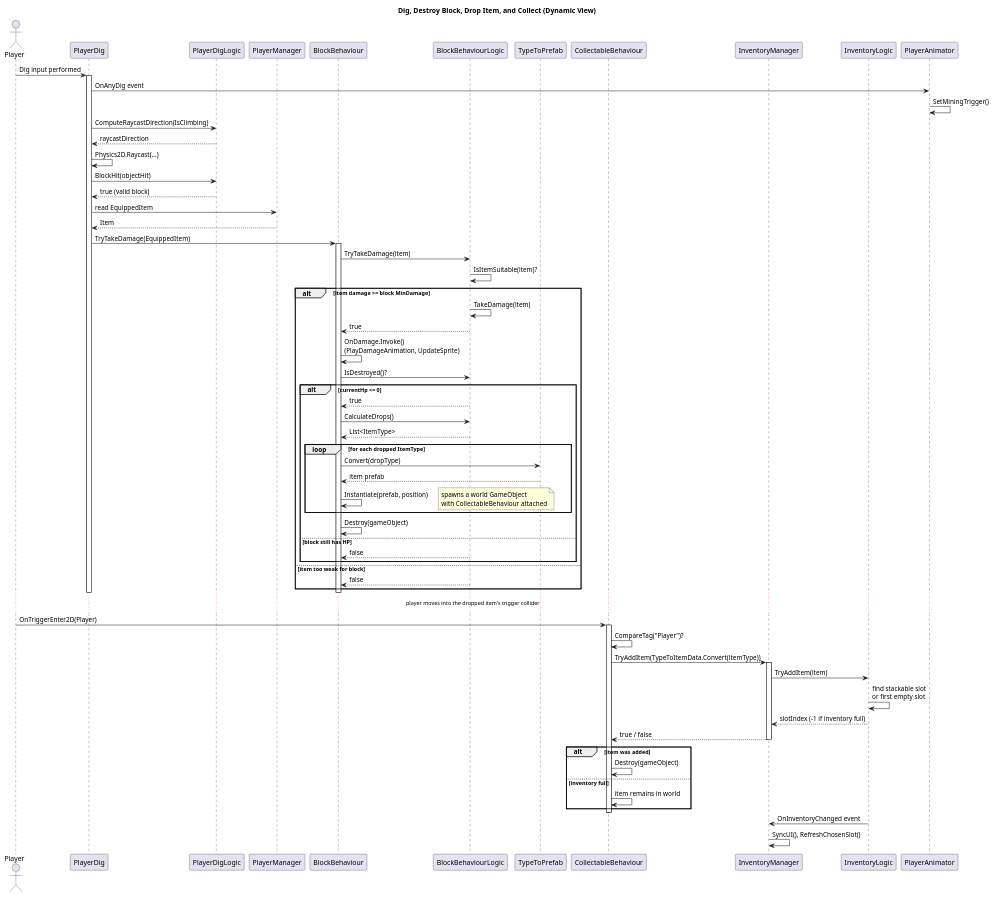
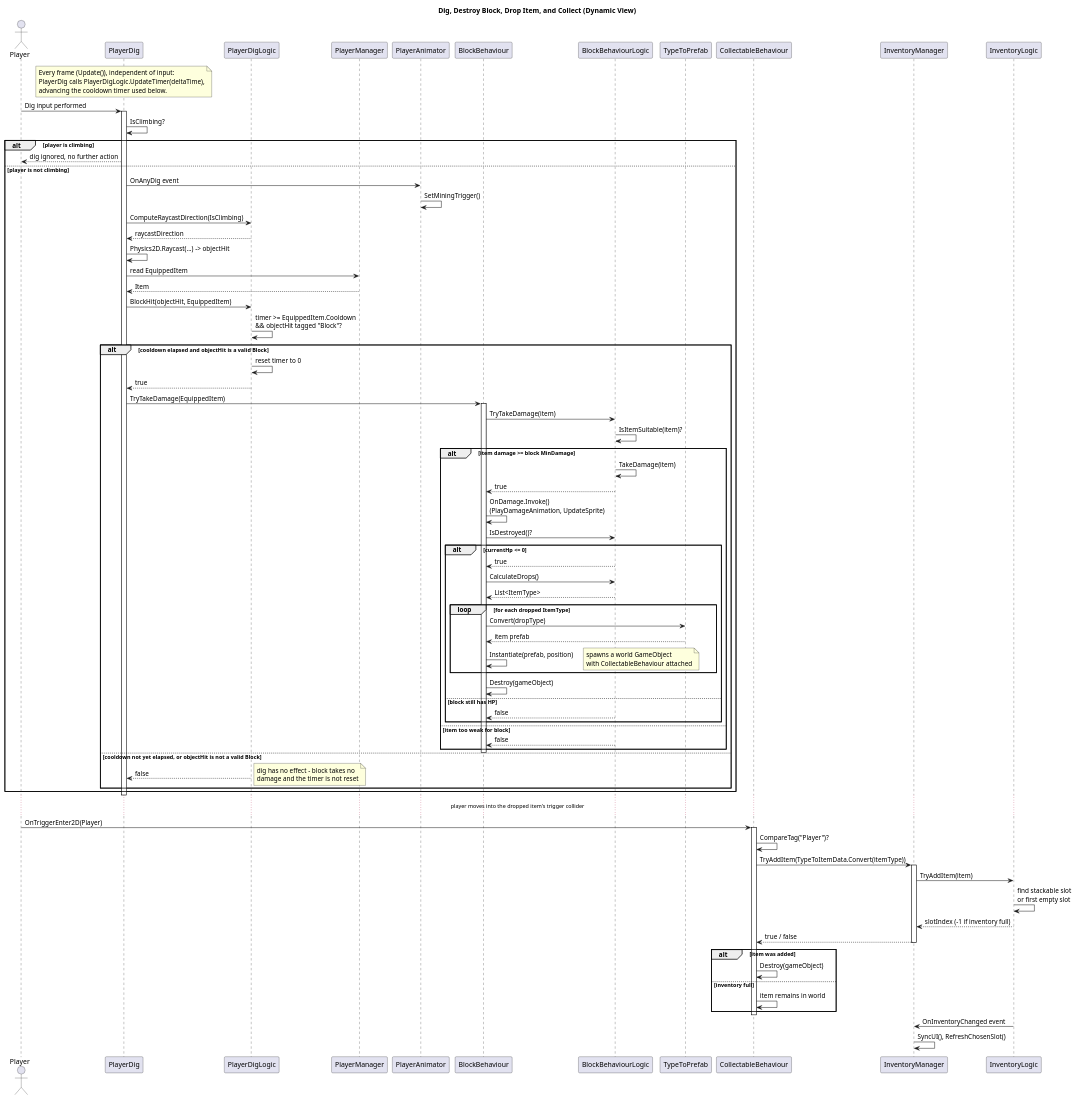
The diagram in docs/architecture/dynamic-view/dig-pickup-sequence.puml (coolcamilla/Team32), drawn with PlantUML before and after one commit. The commit also changed 8 other files, not shown here.

Commit message:
add: architecture views .svg files, update architecture README, add ADRs

```diff
--- a/docs/architecture/dynamic-view/dig-pickup-sequence.puml
+++ b/docs/architecture/dynamic-view/dig-pickup-sequence.puml
@@ -1,79 +1,96 @@
 @startuml dig-pickup-sequence
 title Dig, Destroy Block, Drop Item, and Collect (Dynamic View)
 
 actor Player as player
 participant "PlayerDig" as dig
 participant "PlayerDigLogic" as diglogic
 participant "PlayerManager" as playermgr
+participant "PlayerAnimator" as playeranim
 participant "BlockBehaviour" as block
 participant "BlockBehaviourLogic" as blocklogic
 participant "TypeToPrefab" as typetoprefab
 participant "CollectableBehaviour" as collectable
 participant "InventoryManager" as invmgr
 participant "InventoryLogic" as invlogic
-participant "PlayerAnimator" as playeranim
+
+note over dig
+  Every frame (Update()), independent of input:
+  PlayerDig calls PlayerDigLogic.UpdateTimer(deltaTime),
+  advancing the cooldown timer used below.
+end note
 
 player -> dig : Dig input performed
 activate dig
-dig -> playeranim : OnAnyDig event
-playeranim -> playeranim : SetMiningTrigger()
-dig -> diglogic : ComputeRaycastDirection(IsClimbing)
-diglogic --> dig : raycastDirection
-dig -> dig : Physics2D.Raycast(...)
-dig -> diglogic : BlockHit(objectHit)
-diglogic --> dig : true (valid block)
-dig -> playermgr : read EquippedItem
-playermgr --> dig : Item
-
-dig -> block : TryTakeDamage(EquippedItem)
-activate block
-block -> blocklogic : TryTakeDamage(item)
-blocklogic -> blocklogic : IsItemSuitable(item)?
-alt item damage >= block MinDamage
-  blocklogic -> blocklogic : TakeDamage(item)
-  blocklogic --> block : true
-  block -> block : OnDamage.Invoke()\n(PlayDamageAnimation, UpdateSprite)
-  block -> blocklogic : IsDestroyed()?
-  alt currentHp <= 0
-    blocklogic --> block : true
-    block -> blocklogic : CalculateDrops()
-    blocklogic --> block : List<ItemType>
-    loop for each dropped ItemType
-      block -> typetoprefab : Convert(dropType)
-      typetoprefab --> block : item prefab
-      block -> block : Instantiate(prefab, position)
-      note right: spawns a world GameObject\nwith CollectableBehaviour attached
+dig -> dig : IsClimbing?
+alt player is climbing
+  dig --> player : dig ignored, no further action
+else player is not climbing
+  dig -> playeranim : OnAnyDig event
+  playeranim -> playeranim : SetMiningTrigger()
+  dig -> diglogic : ComputeRaycastDirection(IsClimbing)
+  diglogic --> dig : raycastDirection
+  dig -> dig : Physics2D.Raycast(...) -> objectHit
+  dig -> playermgr : read EquippedItem
+  playermgr --> dig : Item
+  dig -> diglogic : BlockHit(objectHit, EquippedItem)
+  diglogic -> diglogic : timer >= EquippedItem.Cooldown\n&& objectHit tagged "Block"?
+  alt cooldown elapsed and objectHit is a valid Block
+    diglogic -> diglogic : reset timer to 0
+    diglogic --> dig : true
+    dig -> block : TryTakeDamage(EquippedItem)
+    activate block
+    block -> blocklogic : TryTakeDamage(item)
+    blocklogic -> blocklogic : IsItemSuitable(item)?
+    alt item damage >= block MinDamage
+      blocklogic -> blocklogic : TakeDamage(item)
+      blocklogic --> block : true
+      block -> block : OnDamage.Invoke()\n(PlayDamageAnimation, UpdateSprite)
+      block -> blocklogic : IsDestroyed()?
+      alt currentHp <= 0
+        blocklogic --> block : true
+        block -> blocklogic : CalculateDrops()
+        blocklogic --> block : List<ItemType>
+        loop for each dropped ItemType
+          block -> typetoprefab : Convert(dropType)
+          typetoprefab --> block : item prefab
+          block -> block : Instantiate(prefab, position)
+          note right: spawns a world GameObject\nwith CollectableBehaviour attached
+        end
+        block -> block : Destroy(gameObject)
+      else block still has HP
+        blocklogic --> block : false
+      end
+    else item too weak for block
+      blocklogic --> block : false
     end
-    block -> block : Destroy(gameObject)
-  else block still has HP
-    blocklogic --> block : false
+    deactivate block
+  else cooldown not yet elapsed, or objectHit is not a valid Block
+    diglogic --> dig : false
+    note right: dig has no effect - block takes no\ndamage and the timer is not reset
   end
-else item too weak for block
-  blocklogic --> block : false
 end
-deactivate block
 deactivate dig
 
 ... player moves into the dropped item's trigger collider ...
 
 player -> collectable : OnTriggerEnter2D(Player)
 activate collectable
 collectable -> collectable : CompareTag("Player")?
 collectable -> invmgr : TryAddItem(TypeToItemData.Convert(itemType))
 activate invmgr
 invmgr -> invlogic : TryAddItem(item)
 invlogic -> invlogic : find stackable slot\nor first empty slot
 invlogic --> invmgr : slotIndex (-1 if inventory full)
 invmgr --> collectable : true / false
 deactivate invmgr
 alt item was added
   collectable -> collectable : Destroy(gameObject)
 else inventory full
   collectable -> collectable : item remains in world
 end
 deactivate collectable
 
 invlogic -> invmgr : OnInventoryChanged event
 invmgr -> invmgr : SyncUI(), RefreshChosenSlot()
 
 @enduml
```
